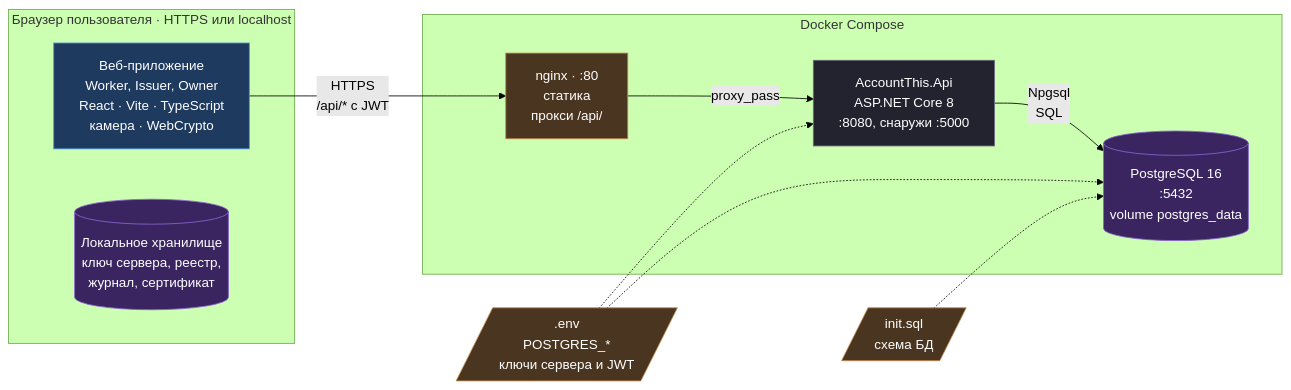
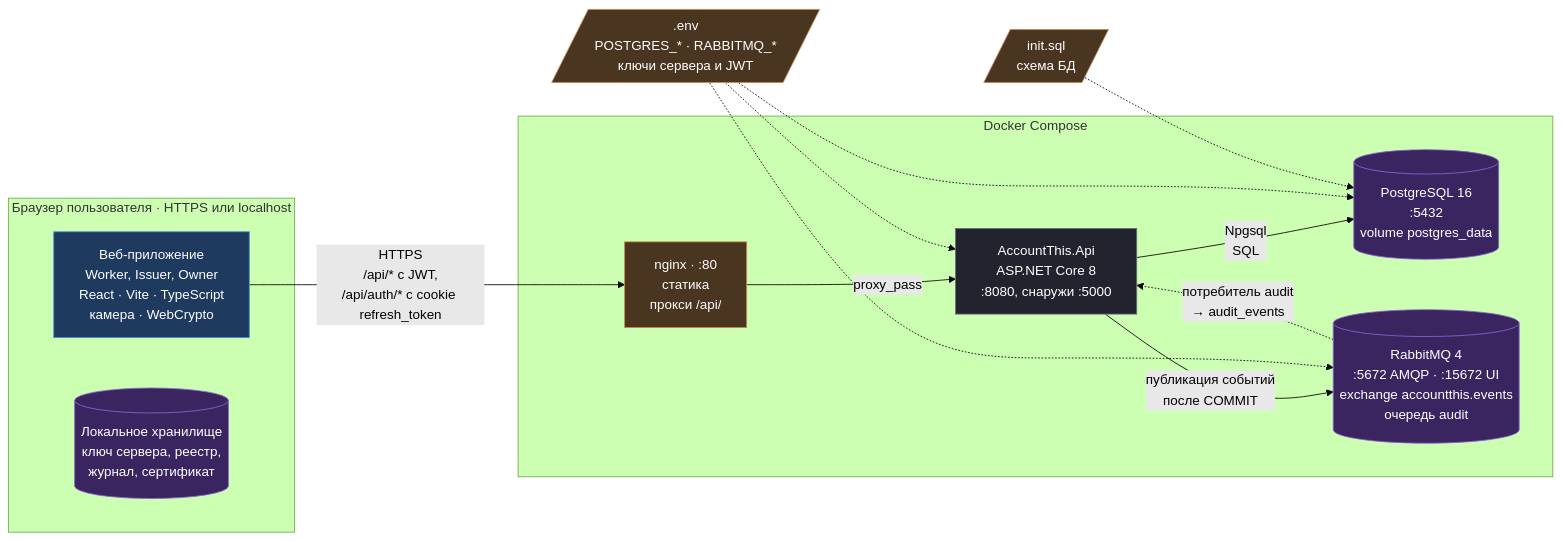
One commit to nelex12/account-this changed the diagram in docs/architecture/2-containers.mmd. Above: the diagram before and after it, drawn with Mermaid (forest theme). The commit also changed 23 other files, not shown here.

Commit message:
Add rabbitMQ and complete auth services

```diff
--- a/docs/architecture/2-containers.mmd
+++ b/docs/architecture/2-containers.mmd
@@ -1,40 +1,44 @@
 ---
 config:
   flowchart:
     diagramPadding: 60
     nodeSpacing: 60
     rankSpacing: 80
     wrappingWidth: 400
 ---
 flowchart LR
     subgraph Device["Браузер пользователя · HTTPS или localhost"]
         SPA["Веб-приложение<br/>Worker, Issuer, Owner<br/>React · Vite · TypeScript<br/>камера · WebCrypto"]
         Local[("Локальное хранилище<br/>ключ сервера, реестр,<br/>журнал, сертификат")]
     end
 
     subgraph Compose["Docker Compose"]
         Nginx["nginx · :80<br/>статика<br/>прокси /api/"]
         Backend["AccountThis.Api<br/>ASP.NET Core 8<br/>:8080, снаружи :5000"]
         Postgres[("PostgreSQL 16<br/>:5432<br/>volume postgres_data")]
+        Rabbit[("RabbitMQ 4<br/>:5672 AMQP · :15672 UI<br/>exchange accountthis.events<br/>очередь audit")]
     end
 
-    Env[/".env<br/>POSTGRES_*<br/>ключи сервера и JWT"/]
+    Env[/".env<br/>POSTGRES_* · RABBITMQ_*<br/>ключи сервера и JWT"/]
     Init[/"init.sql<br/>схема БД"/]
 
-    SPA -->|"HTTPS<br/>/api/* с JWT"| Nginx
+    SPA -->|"HTTPS<br/>/api/* с JWT,<br/>/api/auth/* с cookie refresh_token"| Nginx
     Nginx -->|"proxy_pass"| Backend
     Backend -->|"Npgsql<br/>SQL"| Postgres
+    Backend -->|"публикация событий<br/>после COMMIT"| Rabbit
+    Rabbit -.->|"потребитель audit<br/>→ audit_events"| Backend
 
     Env -.-> Backend
     Env -.-> Postgres
+    Env -.-> Rabbit
     Init -.-> Postgres
 
     classDef front fill:#1e3a5f,stroke:#4a8fd6,color:#fff
     classDef infra fill:#4a3520,stroke:#c08a4a,color:#fff
     classDef code fill:#23232f,stroke:#6b6b80,color:#fff
     classDef db fill:#3b2560,stroke:#8a63d2,color:#fff
 
     class SPA front
     class Nginx,Env,Init infra
     class Backend code
-    class Postgres,Local db
+    class Postgres,Rabbit,Local db
```
